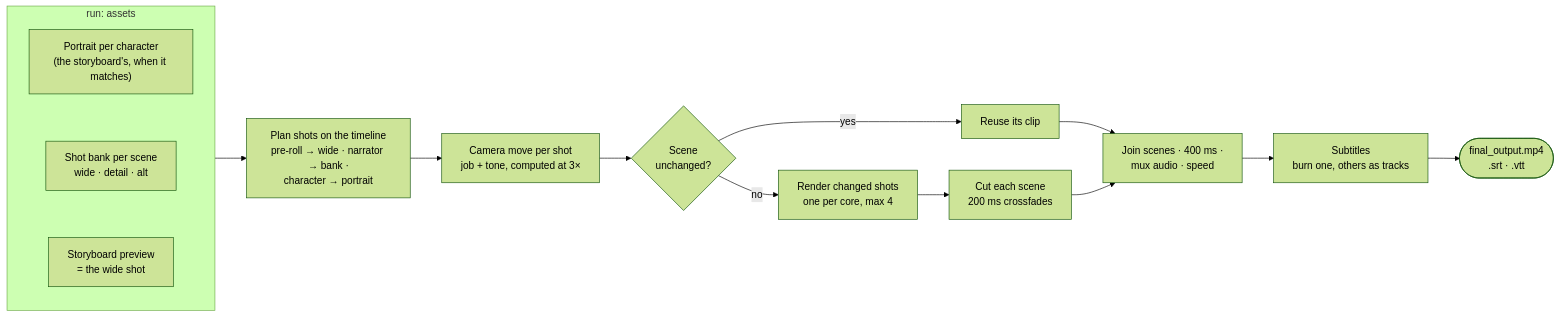
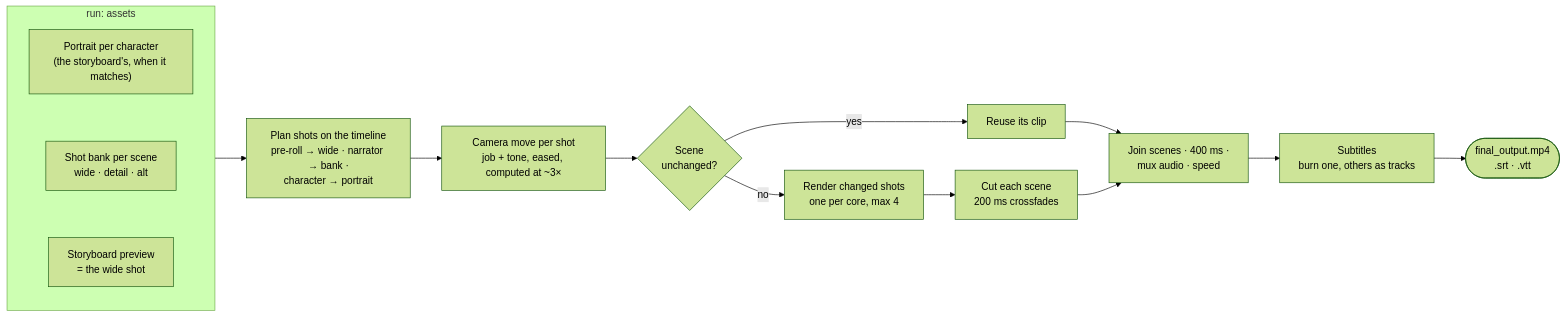
The sixth of 9 diagrams in docs/AGENTS.md (saad-dafinitiq/Project-Dastango), drawn with Mermaid (forest theme) before and after one commit. The commit also changed other lines of this file and 23 other files, not shown here.

````diff
--- a/docs/AGENTS.md
+++ b/docs/AGENTS.md
@@ -306,22 +306,22 @@
 ```mermaid
 flowchart LR
     subgraph assets["run: assets"]
         direction TB
         port["Portrait per character<br/>(the storyboard's, when it matches)"] ~~~ bank["Shot bank per scene<br/>wide · detail · alt"] ~~~ reuse["Storyboard preview<br/>= the wide shot"]
     end
 
     planS["Plan shots on the timeline<br/>pre-roll → wide · narrator → bank ·<br/>character → portrait"]
-    move["Camera move per shot<br/>job + tone, computed at 3×"]
+    move["Camera move per shot<br/>job + tone, eased, computed at ~3×"]
     sig{"Scene<br/>unchanged?"}
     keep["Reuse its clip"]
     pool["Render changed shots<br/>one per core, max 4"]
     assemble["Cut each scene<br/>200 ms crossfades"]
     film["Join scenes · 400 ms ·<br/>mux audio · speed"]
     subs["Subtitles<br/>burn one, others as tracks"]
     out(["final_output.mp4<br/>.srt · .vtt"])
 
     assets --> planS --> move --> sig
     sig -- "yes" --> keep --> film
     sig -- "no" --> pool --> assemble --> film
     film --> subs --> out
 ```
````
